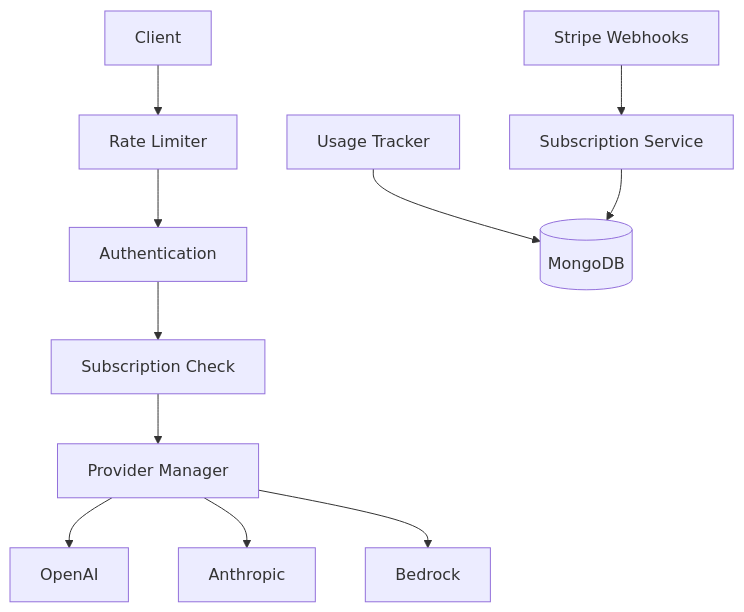
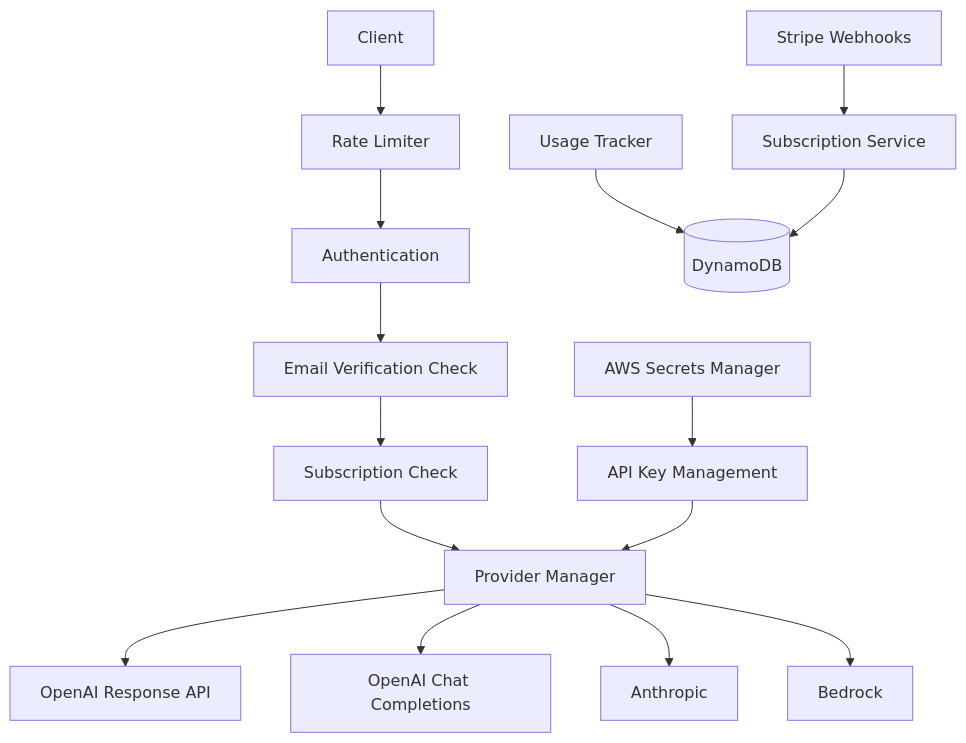
The diagram in README.md (odieduck/llm_proxy), drawn with Mermaid before and after one commit. The commit also changed other lines of this file and 18 other files, not shown here.

First line of the commit message:
Complete MongoDB removal and DynamoDB-only migration

````diff
--- a/README.md
+++ b/README.md
@@ -152,13 +177,17 @@
 ```mermaid
 graph TB
     A[Client] --> B[Rate Limiter]
     B --> C[Authentication]
-    C --> D[Subscription Check]
-    D --> E[Provider Manager]
-    E --> F[OpenAI]
-    E --> G[Anthropic]
-    E --> H[Bedrock]
-    I[Usage Tracker] --> J[(MongoDB)]
-    K[Stripe Webhooks] --> L[Subscription Service]
-    L --> J
+    C --> D[Email Verification Check]
+    D --> E[Subscription Check]
+    E --> F[Provider Manager]
+    F --> G[OpenAI Response API]
+    F --> H[OpenAI Chat Completions]
+    F --> I[Anthropic]
+    F --> J[Bedrock]
+    K[Usage Tracker] --> L[(DynamoDB)]
+    M[Stripe Webhooks] --> N[Subscription Service]
+    N --> L
+    O[AWS Secrets Manager] --> P[API Key Management]
+    P --> F
 ```
````
